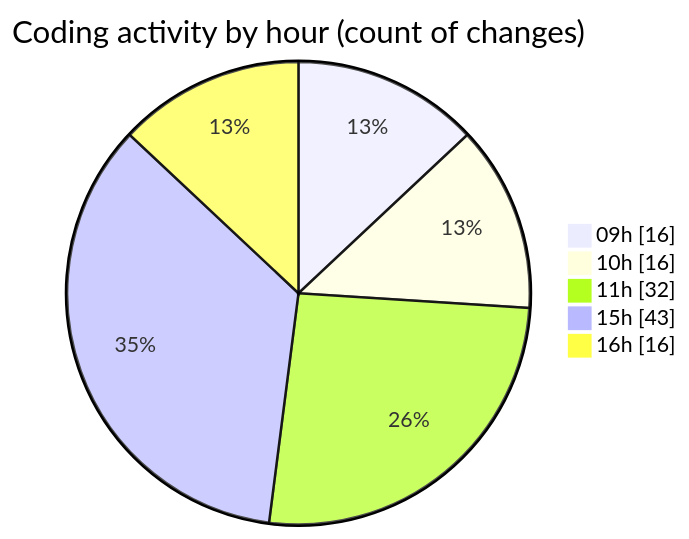
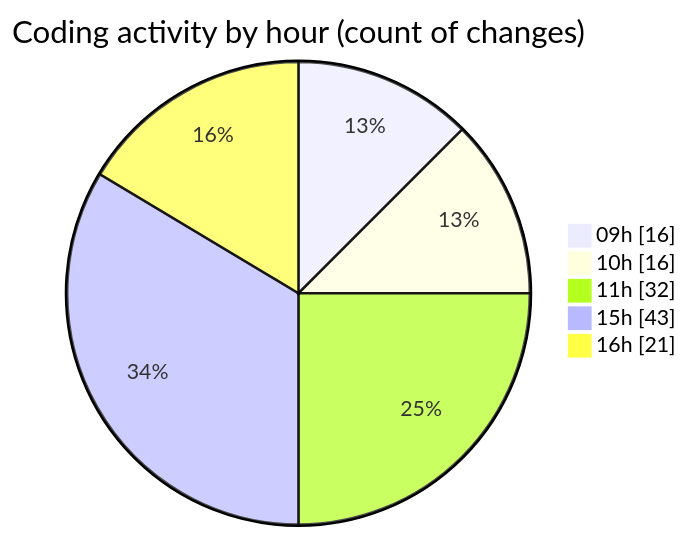
The second of 2 diagrams in 2025-07-04/cda/README.md (momahboobian/code-tracking), drawn with Mermaid before and after one commit. The commit also changed other lines of this file and 1 other file, not shown here.

````diff
--- a/2025-07-04/cda/README.md
+++ b/2025-07-04/cda/README.md
@@ -55,9 +56,9 @@
 ```mermaid
 pie showData
 title Coding activity by hour (count of changes)
 "09h" : 16
 "10h" : 16
 "11h" : 32
 "15h" : 43
-"16h" : 16
+"16h" : 21
 ```
````
